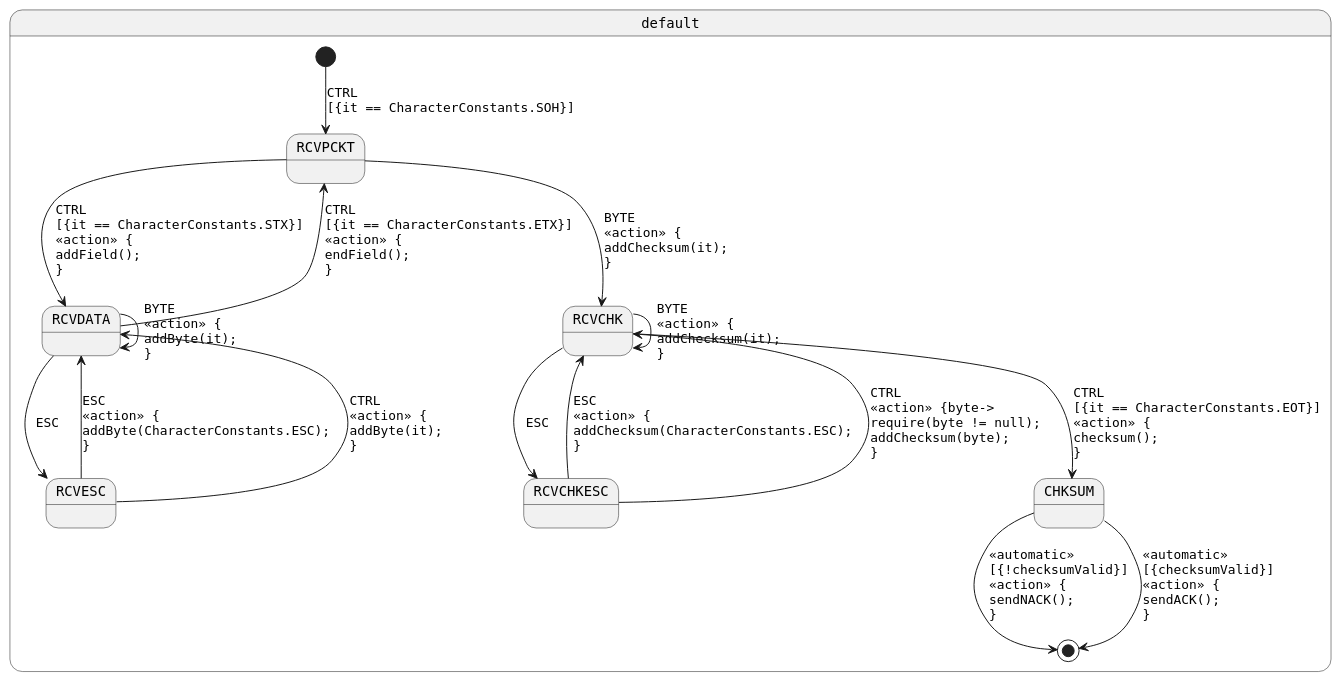
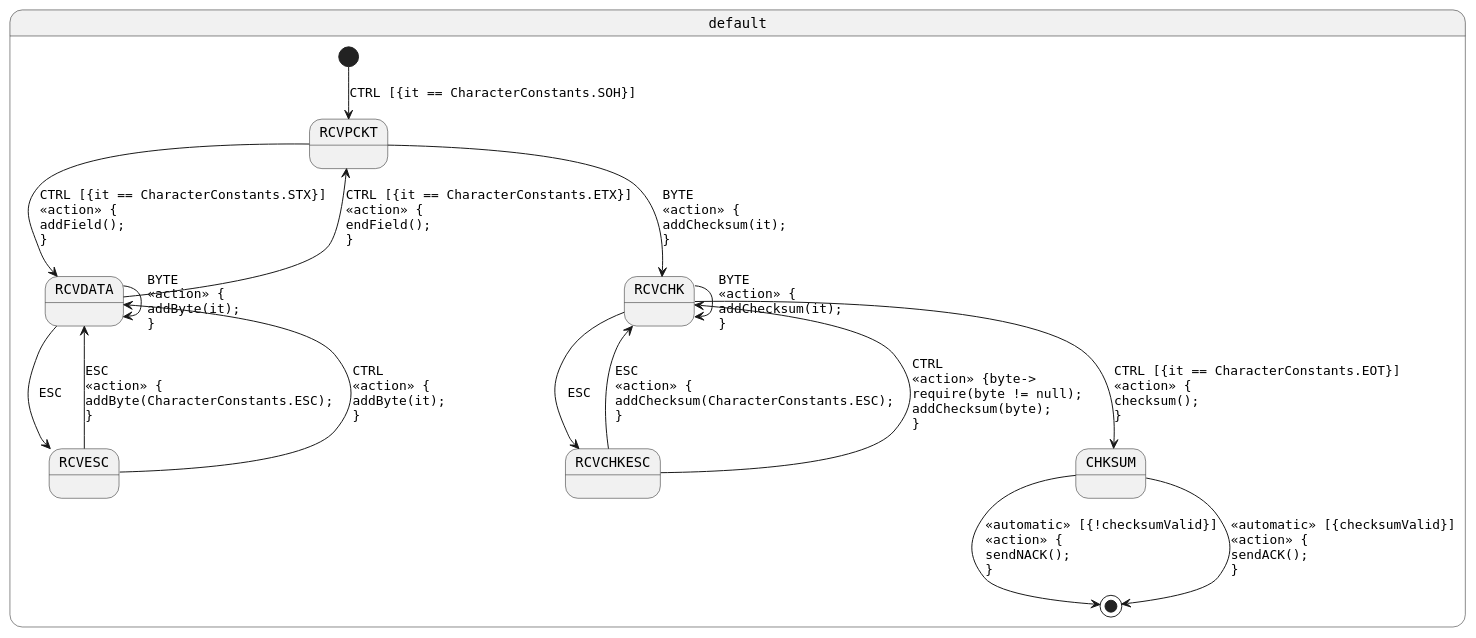
Before and after one commit to open-jumpco/kfsm-viz: the diagram in generated-parsed/packet-reader.plantuml, drawn with PlantUML. The commit also changed 7 other files, not shown here.

Commit message:
updated diagram images

```diff
--- a/generated-parsed/packet-reader.plantuml
+++ b/generated-parsed/packet-reader.plantuml
@@ -1,21 +1,21 @@
 @startuml
 skinparam StateFontName Helvetica
 skinparam defaultFontName Monospaced
 state default {
-[*] --> RCVPCKT : CTRL\l[{it == CharacterConstants.SOH}]
-RCVPCKT --> RCVDATA : CTRL\l[{it == CharacterConstants.STX}]\l<<action>> {\laddField();\l}
+[*] --> RCVPCKT : CTRL [{it == CharacterConstants.SOH}]
+RCVPCKT --> RCVDATA : CTRL [{it == CharacterConstants.STX}]\l<<action>> {\laddField();\l}
 RCVPCKT --> RCVCHK : BYTE\l<<action>> {\laddChecksum(it);\l}
 RCVDATA --> RCVDATA : BYTE\l<<action>> {\laddByte(it);\l}
-RCVDATA --> RCVPCKT : CTRL\l[{it == CharacterConstants.ETX}]\l<<action>> {\lendField();\l}
+RCVDATA --> RCVPCKT : CTRL [{it == CharacterConstants.ETX}]\l<<action>> {\lendField();\l}
 RCVDATA --> RCVESC : ESC
 RCVESC --> RCVDATA : ESC\l<<action>> {\laddByte(CharacterConstants.ESC);\l}
 RCVESC --> RCVDATA : CTRL\l<<action>> {\laddByte(it);\l}
 RCVCHK --> RCVCHK : BYTE\l<<action>> {\laddChecksum(it);\l}
 RCVCHK --> RCVCHKESC : ESC
-RCVCHK --> CHKSUM : CTRL\l[{it == CharacterConstants.EOT}]\l<<action>> {\lchecksum();\l}
-CHKSUM --> [*] : <<automatic>>\l[{!checksumValid}]\l<<action>> {\lsendNACK();\l}
-CHKSUM --> [*] : <<automatic>>\l[{checksumValid}]\l<<action>> {\lsendACK();\l}
+RCVCHK --> CHKSUM : CTRL [{it == CharacterConstants.EOT}]\l<<action>> {\lchecksum();\l}
+CHKSUM --> [*] : <<automatic>> [{!checksumValid}]\l<<action>> {\lsendNACK();\l}
+CHKSUM --> [*] : <<automatic>> [{checksumValid}]\l<<action>> {\lsendACK();\l}
 RCVCHKESC --> RCVCHK : ESC\l<<action>> {\laddChecksum(CharacterConstants.ESC);\l}
 RCVCHKESC --> RCVCHK : CTRL\l<<action>> {byte->\lrequire(byte != null);\laddChecksum(byte);\l}
 }
 @enduml
```
